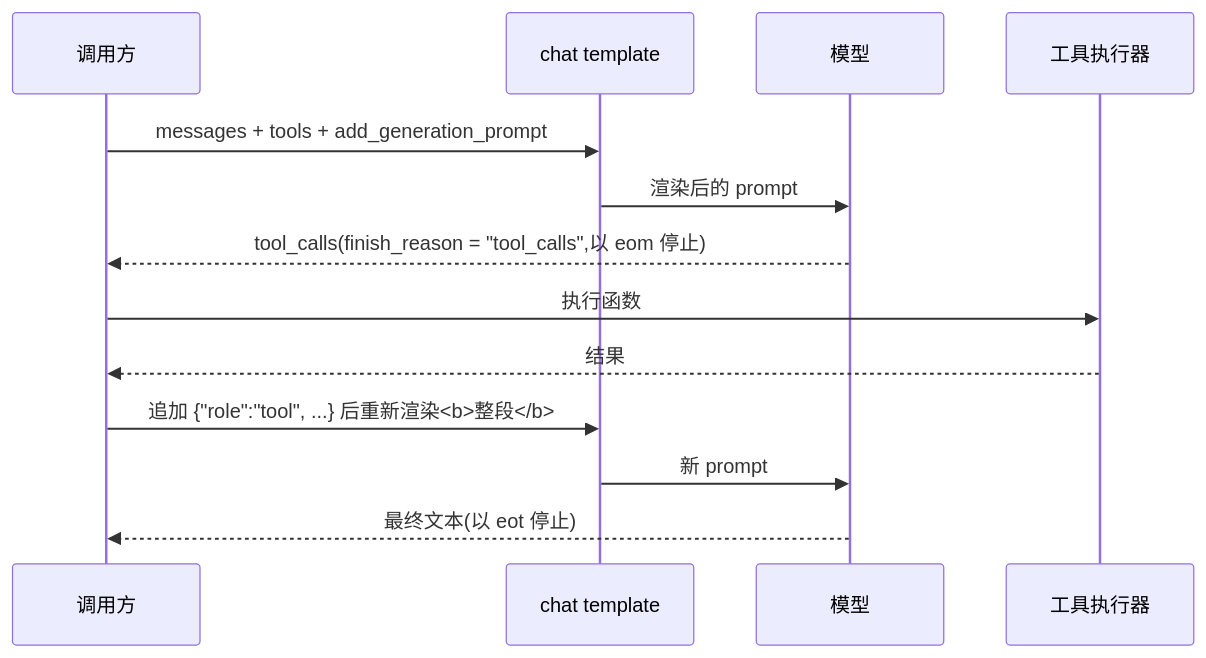
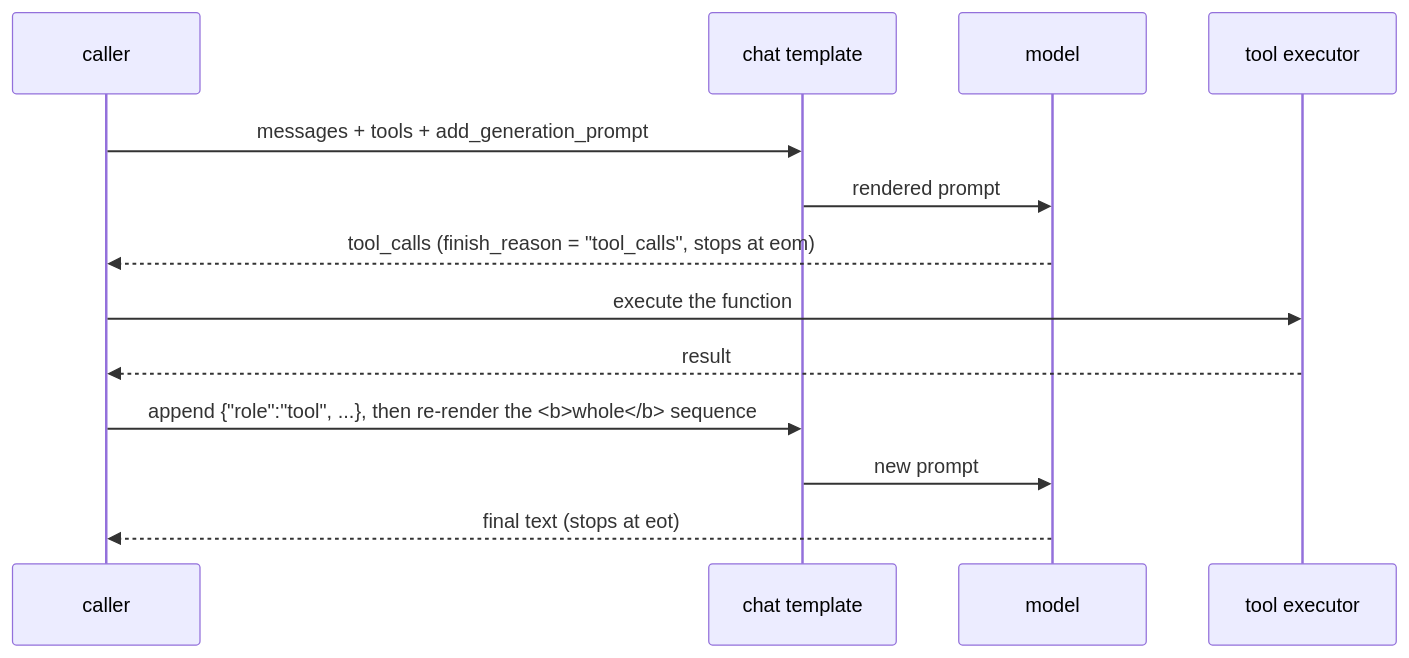
Before and after one commit to justinchuby/onnx-genai-wiki: the third of 3 diagrams in content/en/prompting/Chat Templates.md, drawn with Mermaid. The commit also changed other lines of this file and 6 other files, not shown here.

````diff
--- a/content/en/prompting/Chat Templates.md
+++ b/content/en/prompting/Chat Templates.md
@@ -444,15 +444,15 @@
 ```mermaid
 sequenceDiagram
-    participant C as 调用方
+    participant C as caller
     participant T as chat template
-    participant M as 模型
-    participant X as 工具执行器
+    participant M as model
+    participant X as tool executor
     C->>T: messages + tools + add_generation_prompt
-    T->>M: 渲染后的 prompt
-    M-->>C: tool_calls(finish_reason = "tool_calls",以 eom 停止)
-    C->>X: 执行函数
-    X-->>C: 结果
-    C->>T: 追加 {"role":"tool", ...} 后重新渲染<b>整段</b>
-    T->>M: 新 prompt
-    M-->>C: 最终文本(以 eot 停止)
+    T->>M: rendered prompt
+    M-->>C: tool_calls (finish_reason = "tool_calls", stops at eom)
+    C->>X: execute the function
+    X-->>C: result
+    C->>T: append {"role":"tool", ...}, then re-render the <b>whole</b> sequence
+    T->>M: new prompt
+    M-->>C: final text (stops at eot)
 ```
````
